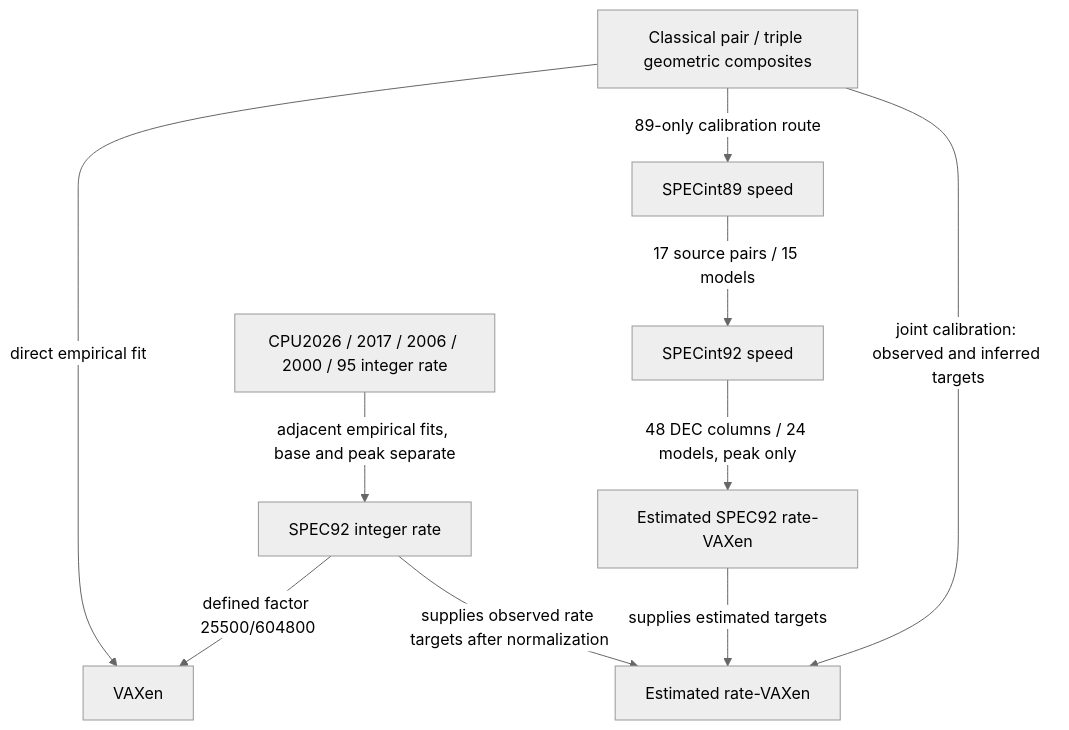
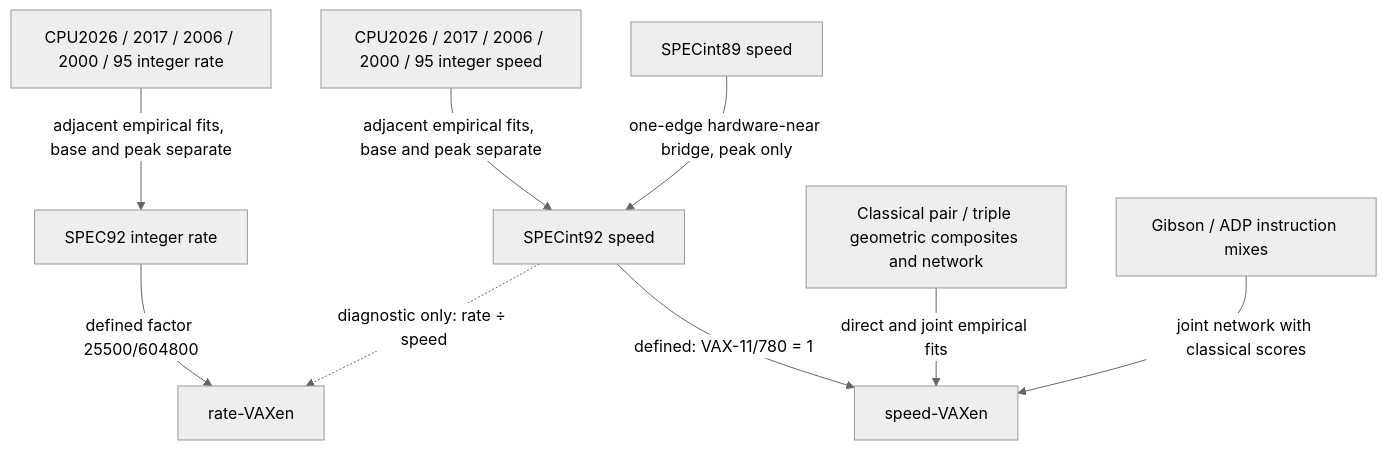
One commit to NeoChen1024/CPUShowSpeed changed the diagram in research/overview.md. Above: the diagram before and after it, drawn with Mermaid (neutral theme). The commit also changed other lines of this file and 15 other files, not shown here.

First line of the commit message:
Document rate-VAXen and speed-VAXen as parallel quantities

````diff
--- a/research/overview.md
+++ b/research/overview.md
@@ -8,12 +8,11 @@
 ```mermaid
 flowchart TD
-    modern[CPU2026 / 2017 / 2006 / 2000 / 95 integer rate] -->|adjacent empirical fits, base and peak separate| rate92[SPEC92 integer rate]
-    rate92 -->|defined factor 25500/604800| vax[VAXen]
-    int89[SPECint89 speed] -->|17 source pairs / 15 models| int92[SPECint92 speed]
-    int92 -->|48 DEC columns / 24 models, peak only| inferred[Estimated SPEC92 rate-VAXen]
-    classic[Classical pair / triple geometric composites] -->|direct empirical fit| vax
-    classic -->|89-only calibration route| int89
-    classic -->|joint calibration: observed and inferred targets| joint[Estimated rate-VAXen]
-    inferred -->|supplies estimated targets| joint
-    rate92 -->|supplies observed rate targets after normalization| joint
+    modernRate[CPU2026 / 2017 / 2006 / 2000 / 95 integer rate] -->|adjacent empirical fits, base and peak separate| rate92[SPEC92 integer rate]
+    rate92 -->|defined factor 25500/604800| rvax[rate-VAXen]
+    modernSpeed[CPU2026 / 2017 / 2006 / 2000 / 95 integer speed] -->|adjacent empirical fits, base and peak separate| int92[SPECint92 speed]
+    int92 -->|defined: VAX-11/780 = 1| svax[speed-VAXen]
+    int89[SPECint89 speed] -->|one-edge hardware-near bridge, peak only| int92
+    classic[Classical pair / triple geometric composites and network] -->|direct and joint empirical fits| svax
+    mix[Gibson / ADP instruction mixes] -->|joint network with classical scores| svax
+    int92 -.->|diagnostic only: rate ÷ speed| rvax
 ```
````
